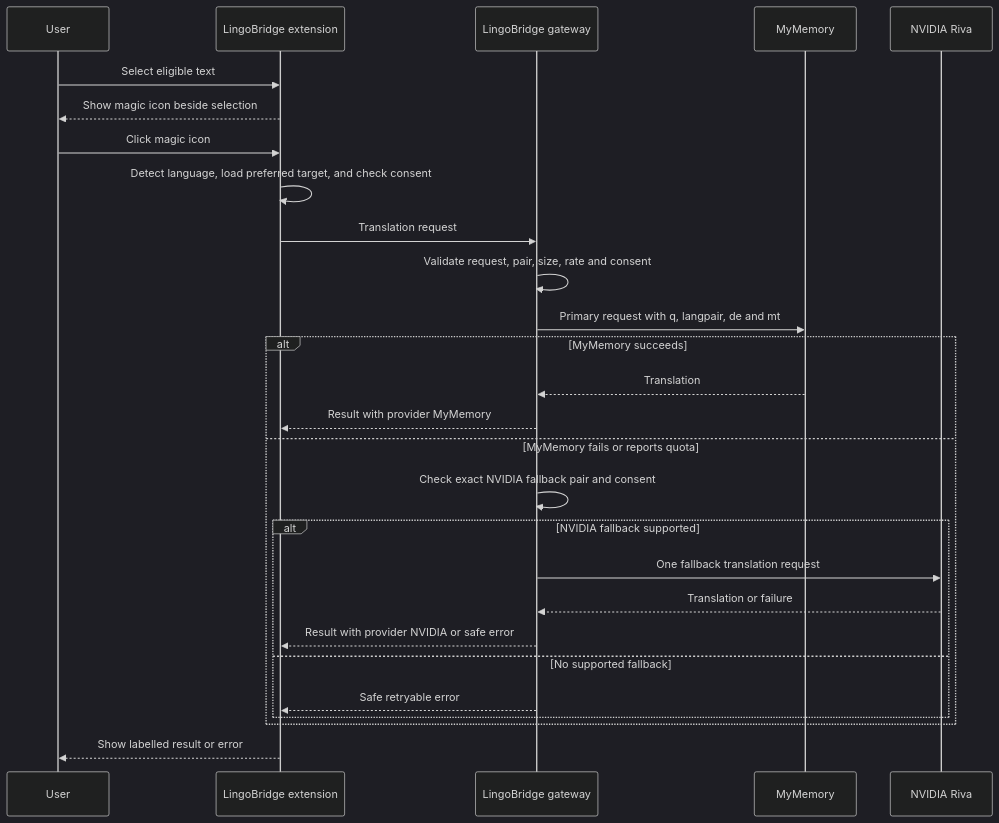
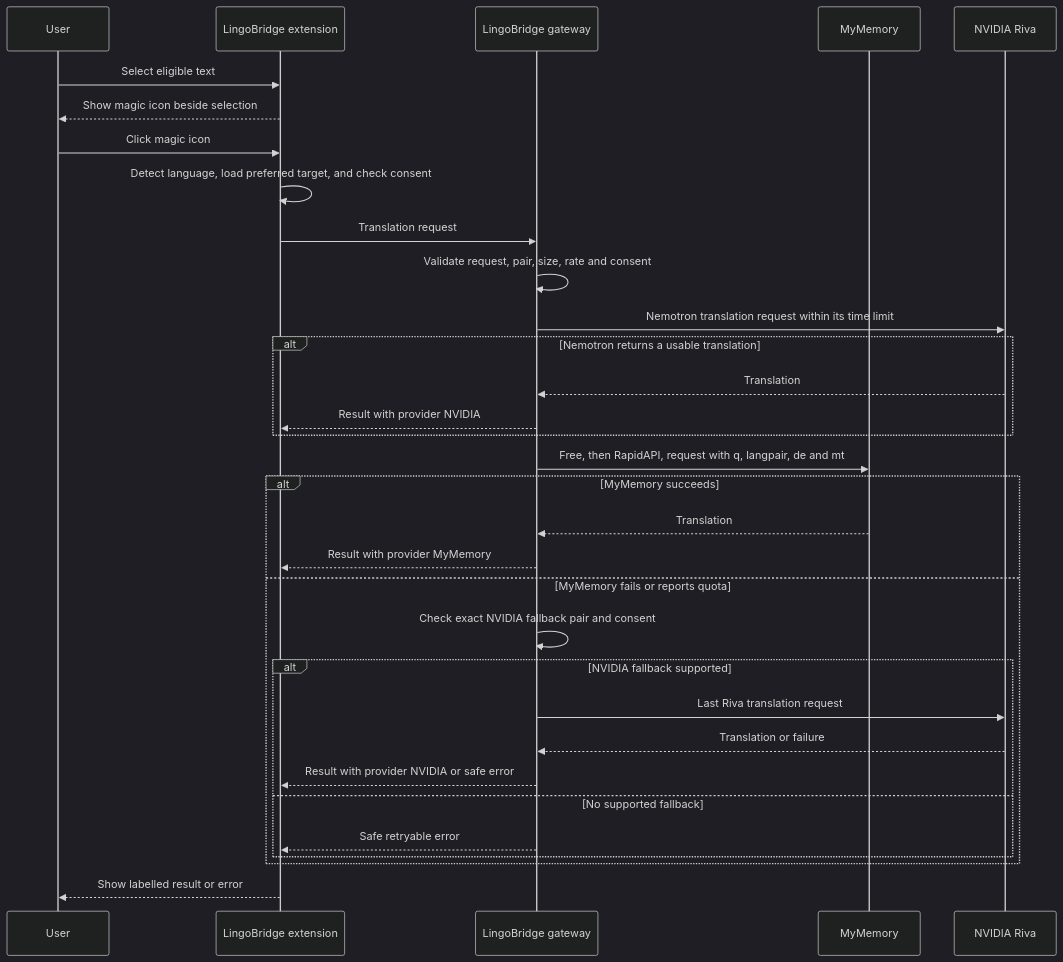
Before and after one commit to budhathoki10/LingoBridge: the fifth of 10 diagrams in docs/12-user-and-system-flows.md, drawn with Mermaid (dark theme). The commit also changed other lines of this file and 30 other files, not shown here.

````diff
--- a/docs/12-user-and-system-flows.md
+++ b/docs/12-user-and-system-flows.md
@@ -115,30 +117,35 @@
 ```mermaid
 sequenceDiagram
     participant U as User
     participant E as LingoBridge extension
     participant G as LingoBridge gateway
     participant M as MyMemory
     participant N as NVIDIA Riva
 
     U->>E: Select eligible text
     E-->>U: Show magic icon beside selection
     U->>E: Click magic icon
     E->>E: Detect language, load preferred target, and check consent
     E->>G: Translation request
     G->>G: Validate request, pair, size, rate and consent
-    G->>M: Primary request with q, langpair, de and mt
+    G->>N: Nemotron translation request within its time limit
+    alt Nemotron returns a usable translation
+        N-->>G: Translation
+        G-->>E: Result with provider NVIDIA
+    end
+    G->>M: Free, then RapidAPI, request with q, langpair, de and mt
     alt MyMemory succeeds
         M-->>G: Translation
         G-->>E: Result with provider MyMemory
     else MyMemory fails or reports quota
         G->>G: Check exact NVIDIA fallback pair and consent
         alt NVIDIA fallback supported
-            G->>N: One fallback translation request
+            G->>N: Last Riva translation request
             N-->>G: Translation or failure
             G-->>E: Result with provider NVIDIA or safe error
         else No supported fallback
             G-->>E: Safe retryable error
         end
     end
     E-->>U: Show labelled result or error
 ```
````
